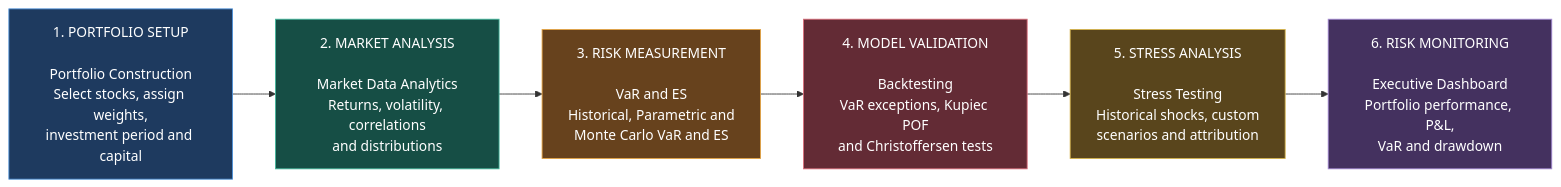
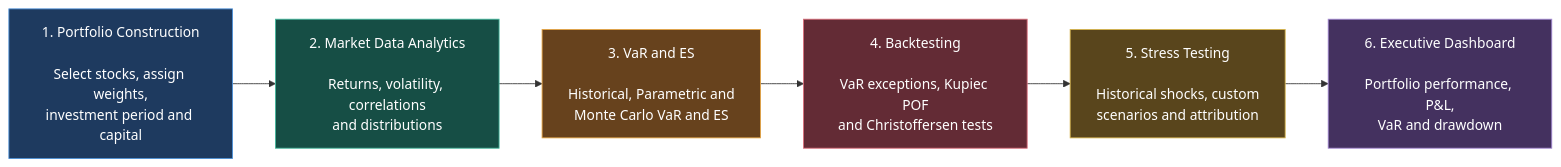
Before and after one commit to VineedMindForge/RiskForge: the diagram in README.md, drawn with Mermaid. The commit also changed other lines of this file and 2 other files, not shown here.

````diff
--- a/README.md
+++ b/README.md
@@ -44,30 +41,30 @@
 ```mermaid
 flowchart LR
-    A["1. PORTFOLIO SETUP<br/><br/>Portfolio Construction<br/>Select stocks, assign weights,<br/>investment period and capital"]
+    A["1. Portfolio Construction<br/><br/>Select stocks, assign weights,<br/>investment period and capital"]
 
-    B["2. MARKET ANALYSIS<br/><br/>Market Data Analytics<br/>Returns, volatility, correlations<br/>and distributions"]
+    B["2. Market Data Analytics<br/><br/>Returns, volatility, correlations<br/>and distributions"]
 
-    C["3. RISK MEASUREMENT<br/><br/>VaR and ES<br/>Historical, Parametric and<br/>Monte Carlo VaR and ES"]
+    C["3. VaR and ES<br/><br/>Historical, Parametric and<br/>Monte Carlo VaR and ES"]
 
-    D["4. MODEL VALIDATION<br/><br/>Backtesting<br/>VaR exceptions, Kupiec POF<br/>and Christoffersen tests"]
+    D["4. Backtesting<br/><br/>VaR exceptions, Kupiec POF<br/>and Christoffersen tests"]
 
-    E["5. STRESS ANALYSIS<br/><br/>Stress Testing<br/>Historical shocks, custom<br/>scenarios and attribution"]
+    E["5. Stress Testing<br/><br/>Historical shocks, custom<br/>scenarios and attribution"]
 
-    F["6. RISK MONITORING<br/><br/>Executive Dashboard<br/>Portfolio performance, P&L,<br/>VaR and drawdown"]
+    F["6. Executive Dashboard<br/><br/>Portfolio performance, P&L,<br/>VaR and drawdown"]
 
     A --> B --> C --> D --> E --> F
 
     classDef setup fill:#1E3A5F,stroke:#4A90D9,color:#FFFFFF
     classDef analytics fill:#164E45,stroke:#42B89C,color:#FFFFFF
     classDef measurement fill:#67421D,stroke:#E5A443,color:#FFFFFF
     classDef validation fill:#632B35,stroke:#D96B78,color:#FFFFFF
     classDef stress fill:#59451C,stroke:#D6B34A,color:#FFFFFF
     classDef monitoring fill:#44315F,stroke:#A58AD4,color:#FFFFFF
 
     class A setup
     class B analytics
     class C measurement
     class D validation
     class E stress
     class F monitoring
 ```
````
